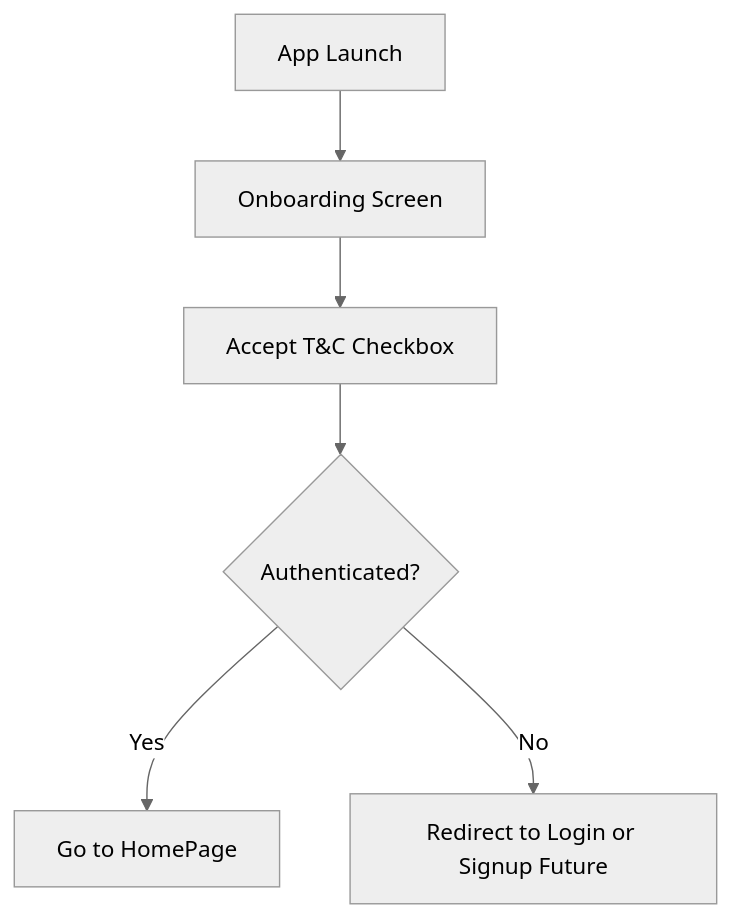
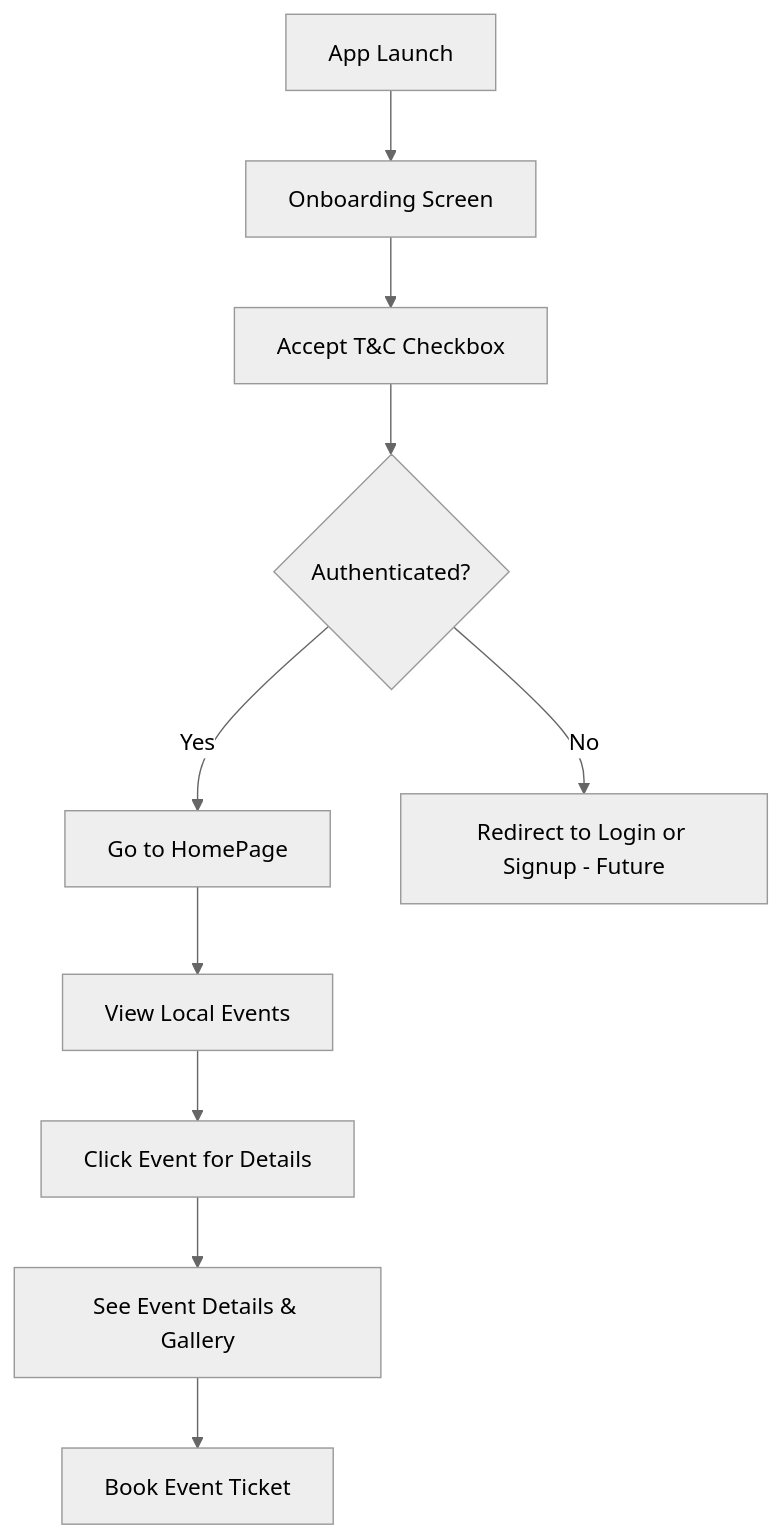
The diagram in README.md (Singhadi27/loacalvue), drawn with Mermaid (neutral theme) before and after one commit.

````diff
--- a/README.md
+++ b/README.md
@@ -32,8 +32,12 @@
 ```mermaid
 graph TD
     A[App Launch] --> B[Onboarding Screen]
     B --> C[Accept T&C Checkbox]
     C --> D{Authenticated?}
     D -- Yes --> E[Go to HomePage]
-    D -- No --> F[Redirect to Login or Signup Future]
+    D -- No --> F[Redirect to Login or Signup - Future]
+    E --> G[View Local Events]
+    G --> H[Click Event for Details]
+    H --> I[See Event Details & Gallery]
+    I --> J[Book Event Ticket]
 ```
````
